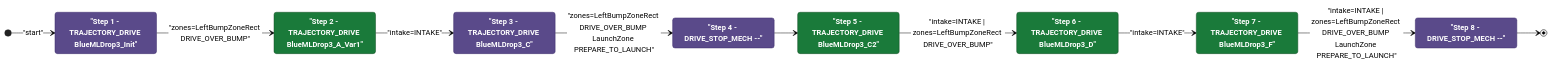
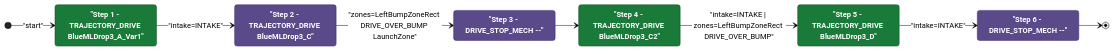
Before and after one commit to Team302/2026Rebuilt: the diagram in documents/auton/BlueBDepKeep3NDepNOutScoreNCliLose.md, drawn with Mermaid (neutral theme). The commit also changed other lines of this file and 131 other files, not shown here.

First line of the commit message:
docs(auton): regenerate Mermaid diagrams [skip ci]

````diff
--- a/documents/auton/BlueBDepKeep3NDepNOutScoreNCliLose.md
+++ b/documents/auton/BlueBDepKeep3NDepNOutScoreNCliLose.md
@@ -8,36 +8,30 @@
 ```mermaid
 stateDiagram-v2
     direction LR
 
     %% Green = intake active, Purple = intake off
     classDef intake  fill:#1a7a3a,color:#ffffff,stroke:#0d4a1f,font-weight:bold
     classDef noIntake fill:#5a4a8a,color:#ffffff,stroke:#3a2a6a,font-weight:bold
 
-    Step1 : "Step 1 - TRAJECTORY_DRIVE BlueMLDrop3_Init"
-    Step2 : "Step 2 - TRAJECTORY_DRIVE BlueMLDrop3_A_Var1"
-    Step3 : "Step 3 - TRAJECTORY_DRIVE BlueMLDrop3_C"
-    Step4 : "Step 4 - DRIVE_STOP_MECH --"
-    Step5 : "Step 5 - TRAJECTORY_DRIVE BlueMLDrop3_C2"
-    Step6 : "Step 6 - TRAJECTORY_DRIVE BlueMLDrop3_D"
-    Step7 : "Step 7 - TRAJECTORY_DRIVE BlueMLDrop3_F"
-    Step8 : "Step 8 - DRIVE_STOP_MECH --"
+    Step1 : "Step 1 - TRAJECTORY_DRIVE BlueMLDrop3_A_Var1"
+    Step2 : "Step 2 - TRAJECTORY_DRIVE BlueMLDrop3_C"
+    Step3 : "Step 3 - DRIVE_STOP_MECH --"
+    Step4 : "Step 4 - TRAJECTORY_DRIVE BlueMLDrop3_C2"
+    Step5 : "Step 5 - TRAJECTORY_DRIVE BlueMLDrop3_D"
+    Step6 : "Step 6 - DRIVE_STOP_MECH --"
 
-    class Step1 noIntake
-    class Step2 intake
+    class Step1 intake
+    class Step2 noIntake
     class Step3 noIntake
-    class Step4 noIntake
+    class Step4 intake
     class Step5 intake
-    class Step6 intake
-    class Step7 intake
-    class Step8 noIntake
+    class Step6 noIntake
 
     [*] --> Step1 : "start"
-    Step1 --> Step2: "zones=LeftBumpZoneRect DRIVE_OVER_BUMP"
-    Step2 --> Step3: "intake=INTAKE"
-    Step3 --> Step4: "zones=LeftBumpZoneRect DRIVE_OVER_BUMP LaunchZone PREPARE_TO_LAUNCH"
-    Step4 --> Step5
-    Step5 --> Step6: "intake=INTAKE | zones=LeftBumpZoneRect DRIVE_OVER_BUMP"
-    Step6 --> Step7: "intake=INTAKE"
-    Step7 --> Step8: "intake=INTAKE | zones=LeftBumpZoneRect DRIVE_OVER_BUMP LaunchZone PREPARE_TO_LAUNCH"
-    Step8 --> [*]
+    Step1 --> Step2: "intake=INTAKE"
+    Step2 --> Step3: "zones=LeftBumpZoneRect DRIVE_OVER_BUMP LaunchZone"
+    Step3 --> Step4
+    Step4 --> Step5: "intake=INTAKE | zones=LeftBumpZoneRect DRIVE_OVER_BUMP"
+    Step5 --> Step6: "intake=INTAKE"
+    Step6 --> [*]
 ```
````
